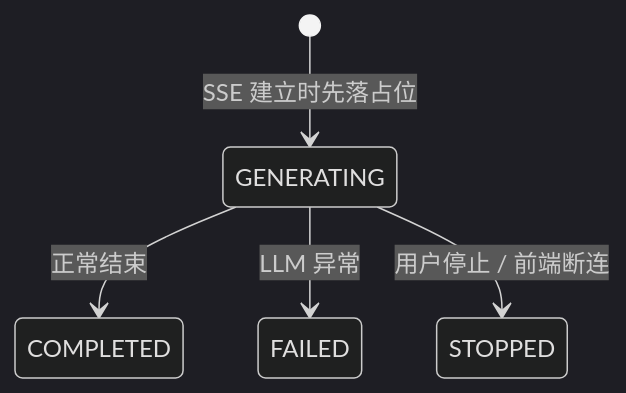
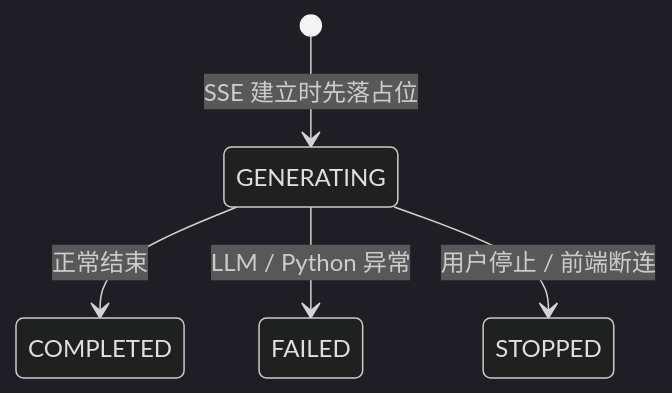
The third of 4 diagrams in README.md (KONGBAI666666/xinyu), drawn with Mermaid (dark theme) before and after one commit. The commit also changed other lines of this file, not shown here.

Commit message:
docs: 更新 README 反映 Java + Python 多语言架构 + gitignore 补充

````diff
--- a/README.md
+++ b/README.md
@@ -112,7 +109,7 @@
 ```mermaid
 stateDiagram-v2
     [*] --> GENERATING: SSE 建立时先落占位
     GENERATING --> COMPLETED: 正常结束
-    GENERATING --> FAILED: LLM 异常
+    GENERATING --> FAILED: LLM / Python 异常
     GENERATING --> STOPPED: 用户停止 / 前端断连
 ```
````
